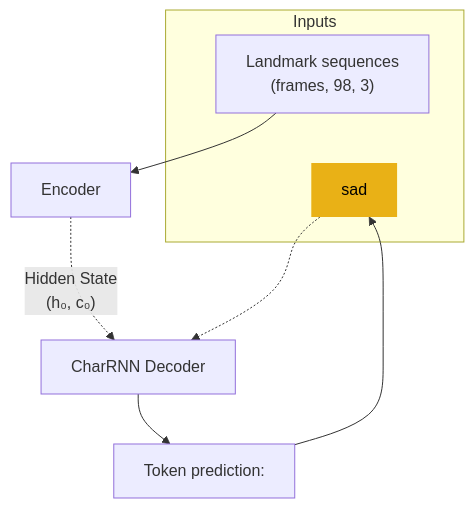
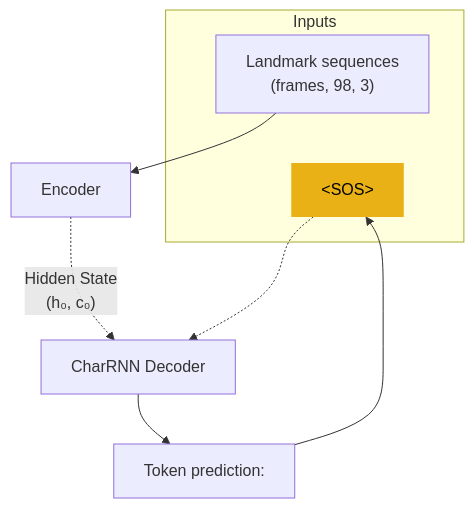
One commit to farahpiralic/ASLens-Test changed the third of 3 diagrams in README.md. Above: the diagram before and after it, drawn with Mermaid.

````diff
--- a/README.md
+++ b/README.md
@@ -115,20 +115,20 @@
 ```mermaid
 
   
 
 graph TD
 subgraph Inputs
 	A["Landmark sequences<br>(frames, 98, 3)"]
-	T["<SOS> sad"]
+	T["#lt;SOS#gt;"]
 	A ~~~ T
 end
 
 A --> B["Encoder"]
 
 B -.-> |"Hidden State<br>(h₀, c₀)"|C["CharRNN Decoder"]
 T -.-> C
 C --> F["Token prediction:"] -->T
 style T fill:#e9b116,stroke:none,color:black
 
 
 ```
````
